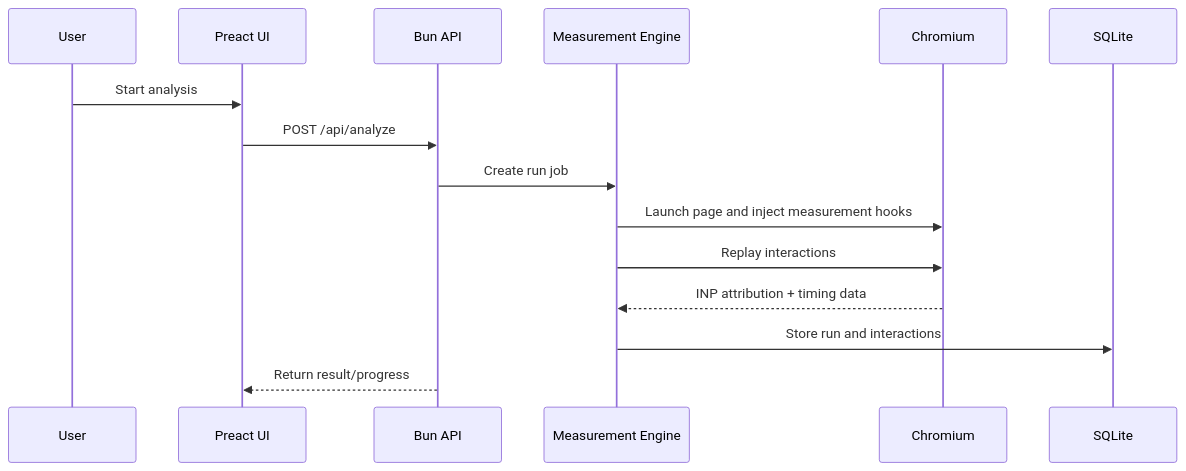
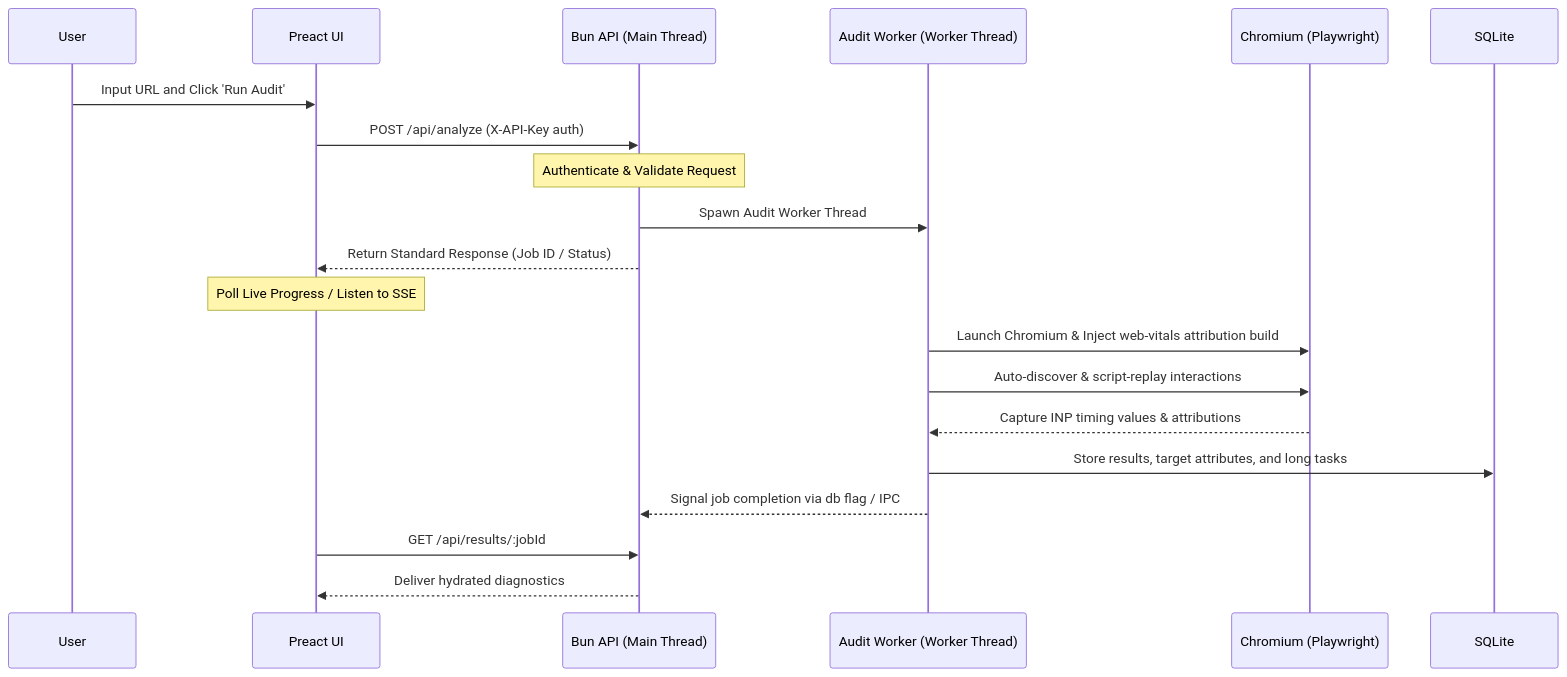
One commit to MasterKN48/inpDebugger changed the first of 2 diagrams in README.md. Above: the diagram before and after it, drawn with Mermaid. The commit also changed other lines of this file and 1 other file, not shown here.

Commit message:
docs: update project architecture with multi-threaded audit workers, production security hardening, and branding enhancements

````diff
--- a/README.md
+++ b/README.md
@@ -972,18 +972,23 @@
 ```mermaid
 sequenceDiagram
     participant U as User
     participant UI as Preact UI
-    participant API as Bun API
-    participant ME as Measurement Engine
-    participant CH as Chromium
+    participant API as Bun API (Main Thread)
+    participant W as Audit Worker (Worker Thread)
+    participant CH as Chromium (Playwright)
     participant DB as SQLite
 
-    U->>UI: Start analysis
-    UI->>API: POST /api/analyze
-    API->>ME: Create run job
-    ME->>CH: Launch page and inject measurement hooks
-    ME->>CH: Replay interactions
-    CH-->>ME: INP attribution + timing data
-    ME->>DB: Store run and interactions
-    API-->>UI: Return result/progress
+    U->>UI: Input URL and Click 'Run Audit'
+    UI->>API: POST /api/analyze (X-API-Key auth)
+    Note over API: Authenticate & Validate Request
+    API->>W: Spawn Audit Worker Thread
+    API-->>UI: Return Standard Response (Job ID / Status)
+    Note over UI: Poll Live Progress / Listen to SSE
+    W->>CH: Launch Chromium & Inject web-vitals attribution build
+    W->>CH: Auto-discover & script-replay interactions
+    CH-->>W: Capture INP timing values & attributions
+    W->>DB: Store results, target attributes, and long tasks
+    W-->>API: Signal job completion via db flag / IPC
+    UI->>API: GET /api/results/:jobId
+    API-->>UI: Deliver hydrated diagnostics
 ```
````
